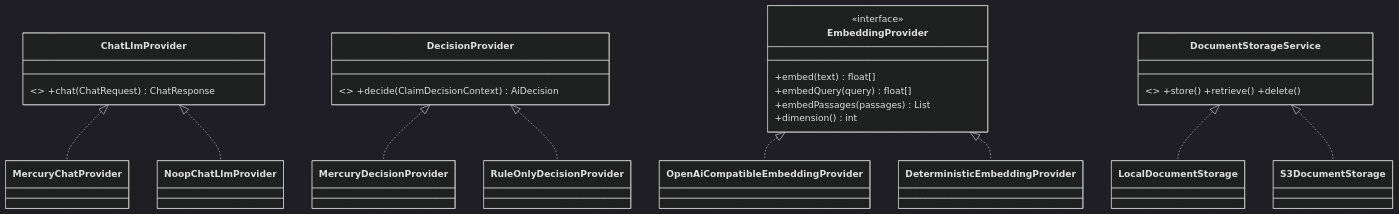
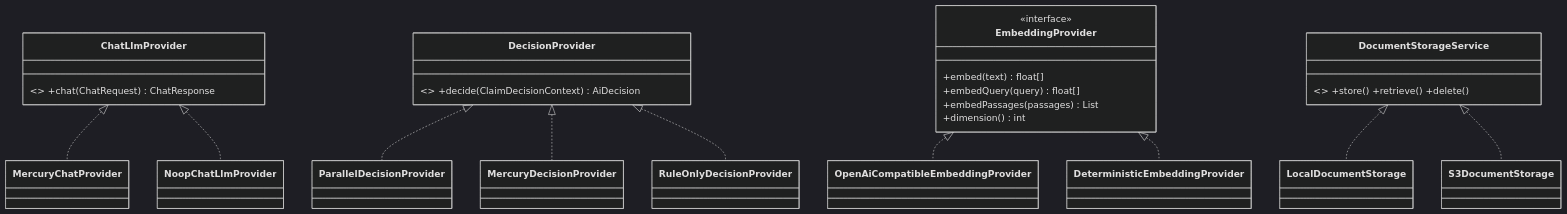
The eighth of 14 diagrams in PROJECT.md (arshdeep3010/health-claim-decision-agent), drawn with Mermaid (dark theme) before and after one commit. The commit also changed other lines of this file and 4 other files, not shown here.

````diff
--- a/PROJECT.md
+++ b/PROJECT.md
@@ -386,22 +408,23 @@
 ```mermaid
 classDiagram
   class ChatLlmProvider { <<interface>> +chat(ChatRequest) ChatResponse }
   class DecisionProvider { <<interface>> +decide(ClaimDecisionContext) AiDecision }
   class EmbeddingProvider {
     <<interface>>
     +embed(text) float[]
     +embedQuery(query) float[]
     +embedPassages(passages) List
     +dimension() int
   }
   class DocumentStorageService { <<interface>> +store() +retrieve() +delete() }
 
   ChatLlmProvider <|.. MercuryChatProvider
   ChatLlmProvider <|.. NoopChatLlmProvider
+  DecisionProvider <|.. ParallelDecisionProvider
   DecisionProvider <|.. MercuryDecisionProvider
   DecisionProvider <|.. RuleOnlyDecisionProvider
   EmbeddingProvider <|.. OpenAiCompatibleEmbeddingProvider
   EmbeddingProvider <|.. DeterministicEmbeddingProvider
   DocumentStorageService <|.. LocalDocumentStorage
   DocumentStorageService <|.. S3DocumentStorage
 ```
````
